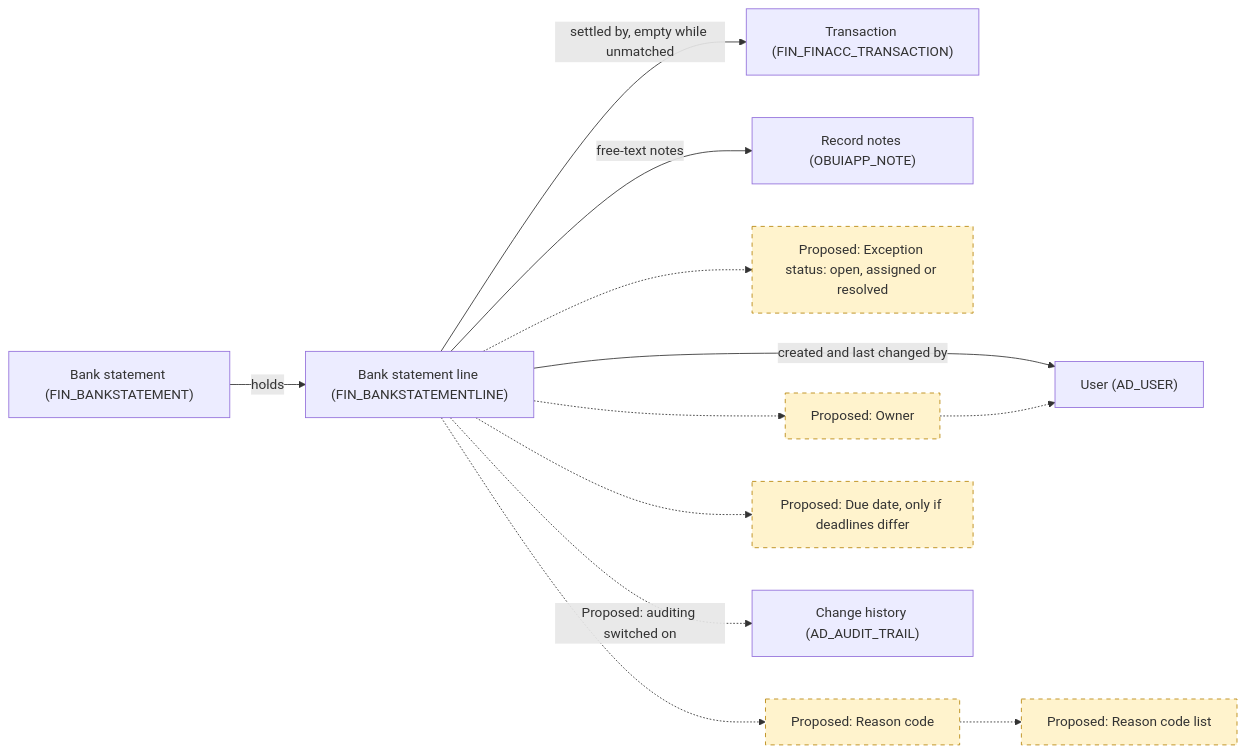
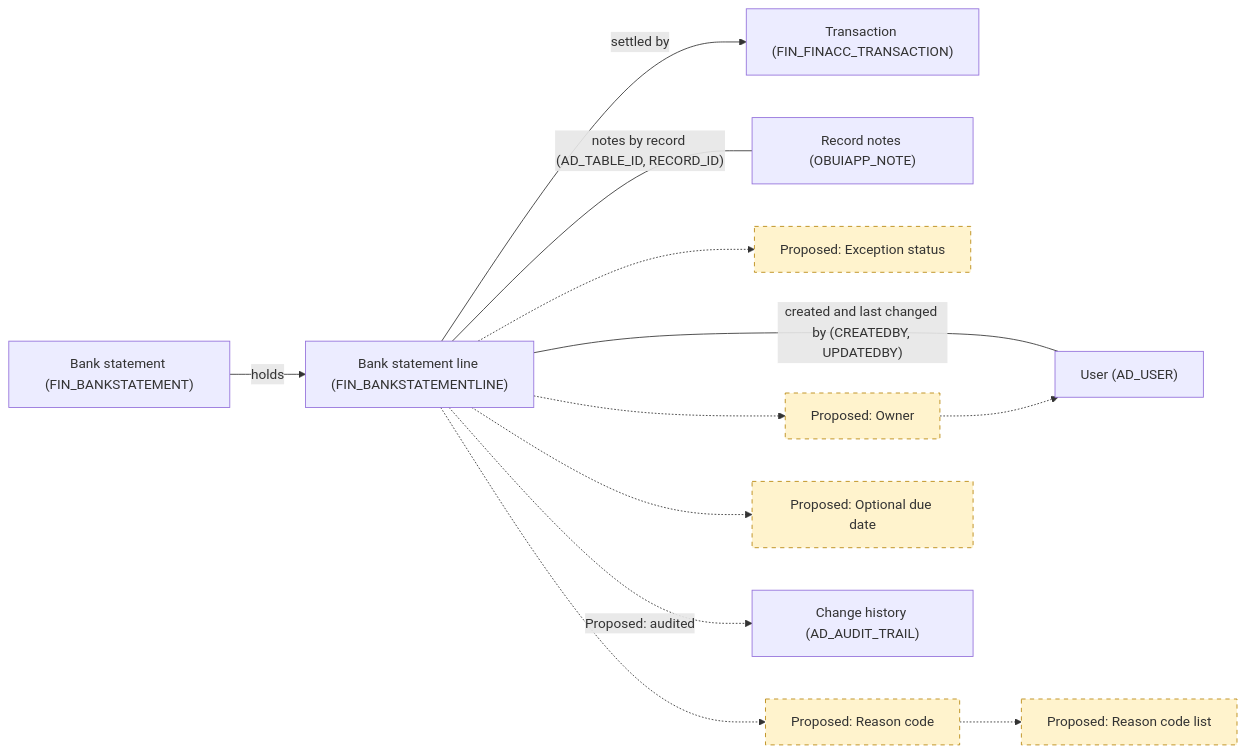
One commit to blitzy-public-samples/openbravo-erp changed the third of 5 diagrams in docs/analysis/analysis-2-extension-points-and-risks.md. Above: the diagram before and after it, drawn with Mermaid. The commit also changed other lines of this file and 1 other file, not shown here.

````diff
--- a/docs/analysis/analysis-2-extension-points-and-risks.md
+++ b/docs/analysis/analysis-2-extension-points-and-risks.md
@@ -227,16 +228,18 @@
 ```mermaid
 flowchart LR
+  accTitle: Figure 3. Statement line exception fields
+  accDescr: Existing links and proposed fields
   BS["Bank statement (FIN_BANKSTATEMENT)"] -->|"holds"| L["Bank statement line (FIN_BANKSTATEMENTLINE)"]
-  L -->|"settled by, empty while unmatched"| T["Transaction (FIN_FINACC_TRANSACTION)"]
-  L -->|"created and last changed by"| U["User (AD_USER)"]
-  L -->|"free-text notes"| N["Record notes (OBUIAPP_NOTE)"]
-  L -.-> ST["Proposed: Exception status: open, assigned or resolved"]
+  L -->|"settled by"| T["Transaction (FIN_FINACC_TRANSACTION)"]
+  L ---|"created and last changed by (CREATEDBY, UPDATEDBY)"| U["User (AD_USER)"]
+  L ---|"notes by record (AD_TABLE_ID, RECORD_ID)"| N["Record notes (OBUIAPP_NOTE)"]
+  L -.-> ST["Proposed: Exception status"]
   L -.-> OW["Proposed: Owner"]
   OW -.-> U
   L -.-> RC["Proposed: Reason code"]
   RC -.-> RL["Proposed: Reason code list"]
-  L -.-> DD["Proposed: Due date, only if deadlines differ"]
-  L -.->|"Proposed: auditing switched on"| H["Change history (AD_AUDIT_TRAIL)"]
+  L -.-> DD["Proposed: Optional due date"]
+  L -.->|"Proposed: audited"| H["Change history (AD_AUDIT_TRAIL)"]
   classDef proposed stroke-dasharray: 5 5,fill:#fff3cd,stroke:#b8860b
   class ST,OW,RC,RL,DD proposed
 ```
````
